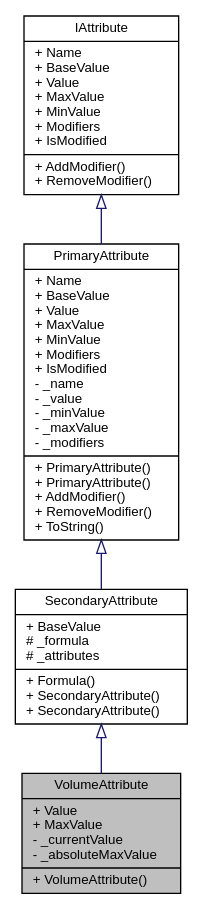
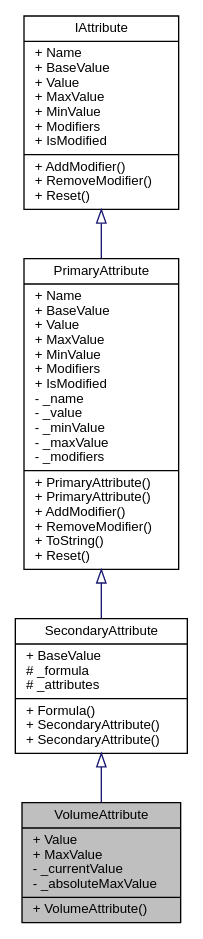
Before and after one commit to PaulSchweizer/ActionRpgKit: the diagram in df/dc8/class_action_rpg_kit_1_1_character_1_1_attribute_1_1_volume_attribute__inherit__graph.dot, drawn with Graphviz. The commit also changed 376 other files, not shown here.

```diff
--- a/df/dc8/class_action_rpg_kit_1_1_character_1_1_attribute_1_1_volume_attribute__inherit__graph.dot
+++ b/df/dc8/class_action_rpg_kit_1_1_character_1_1_attribute_1_1_volume_attribute__inherit__graph.dot
@@ -1,13 +1,13 @@
 digraph "VolumeAttribute"
 {
  // INTERACTIVE_SVG=YES
   edge [fontname="Helvetica",fontsize="10",labelfontname="Helvetica",labelfontsize="10"];
   node [fontname="Helvetica",fontsize="10",shape=record];
   Node1 [label="{VolumeAttribute\n|+ Value\l+ MaxValue\l- _currentValue\l- _absoluteMaxValue\l|+ VolumeAttribute()\l}",height=0.2,width=0.4,color="black", fillcolor="grey75", style="filled" fontcolor="black"];
   Node2 -> Node1 [dir="back",color="midnightblue",fontsize="10",style="solid",arrowtail="onormal",fontname="Helvetica"];
   Node2 [label="{SecondaryAttribute\n|+ BaseValue\l# _formula\l# _attributes\l|+ Formula()\l+ SecondaryAttribute()\l+ SecondaryAttribute()\l}",height=0.2,width=0.4,color="black", fillcolor="white", style="filled",URL="$df/d43/class_action_rpg_kit_1_1_character_1_1_attribute_1_1_secondary_attribute.xhtml",tooltip="The Value is calculated through a given formula. "];
   Node3 -> Node2 [dir="back",color="midnightblue",fontsize="10",style="solid",arrowtail="onormal",fontname="Helvetica"];
-  Node3 [label="{PrimaryAttribute\n|+ Name\l+ BaseValue\l+ Value\l+ MaxValue\l+ MinValue\l+ Modifiers\l+ IsModified\l- _name\l- _value\l- _minValue\l- _maxValue\l- _modifiers\l|+ PrimaryAttribute()\l+ PrimaryAttribute()\l+ AddModifier()\l+ RemoveModifier()\l+ ToString()\l}",height=0.2,width=0.4,color="black", fillcolor="white", style="filled",URL="$d5/ddc/class_action_rpg_kit_1_1_character_1_1_attribute_1_1_primary_attribute.xhtml",tooltip="Represents a simple float value. "];
+  Node3 [label="{PrimaryAttribute\n|+ Name\l+ BaseValue\l+ Value\l+ MaxValue\l+ MinValue\l+ Modifiers\l+ IsModified\l- _name\l- _value\l- _minValue\l- _maxValue\l- _modifiers\l|+ PrimaryAttribute()\l+ PrimaryAttribute()\l+ AddModifier()\l+ RemoveModifier()\l+ ToString()\l+ Reset()\l}",height=0.2,width=0.4,color="black", fillcolor="white", style="filled",URL="$d5/ddc/class_action_rpg_kit_1_1_character_1_1_attribute_1_1_primary_attribute.xhtml",tooltip="Represents a simple float value. "];
   Node4 -> Node3 [dir="back",color="midnightblue",fontsize="10",style="solid",arrowtail="onormal",fontname="Helvetica"];
-  Node4 [label="{IAttribute\n|+ Name\l+ BaseValue\l+ Value\l+ MaxValue\l+ MinValue\l+ Modifiers\l+ IsModified\l|+ AddModifier()\l+ RemoveModifier()\l}",height=0.2,width=0.4,color="black", fillcolor="white", style="filled",URL="$d5/d7e/interface_action_rpg_kit_1_1_character_1_1_attribute_1_1_i_attribute.xhtml",tooltip="Interface for Attributes. "];
+  Node4 [label="{IAttribute\n|+ Name\l+ BaseValue\l+ Value\l+ MaxValue\l+ MinValue\l+ Modifiers\l+ IsModified\l|+ AddModifier()\l+ RemoveModifier()\l+ Reset()\l}",height=0.2,width=0.4,color="black", fillcolor="white", style="filled",URL="$d5/d7e/interface_action_rpg_kit_1_1_character_1_1_attribute_1_1_i_attribute.xhtml",tooltip="Interface for Attributes. "];
 }
```
